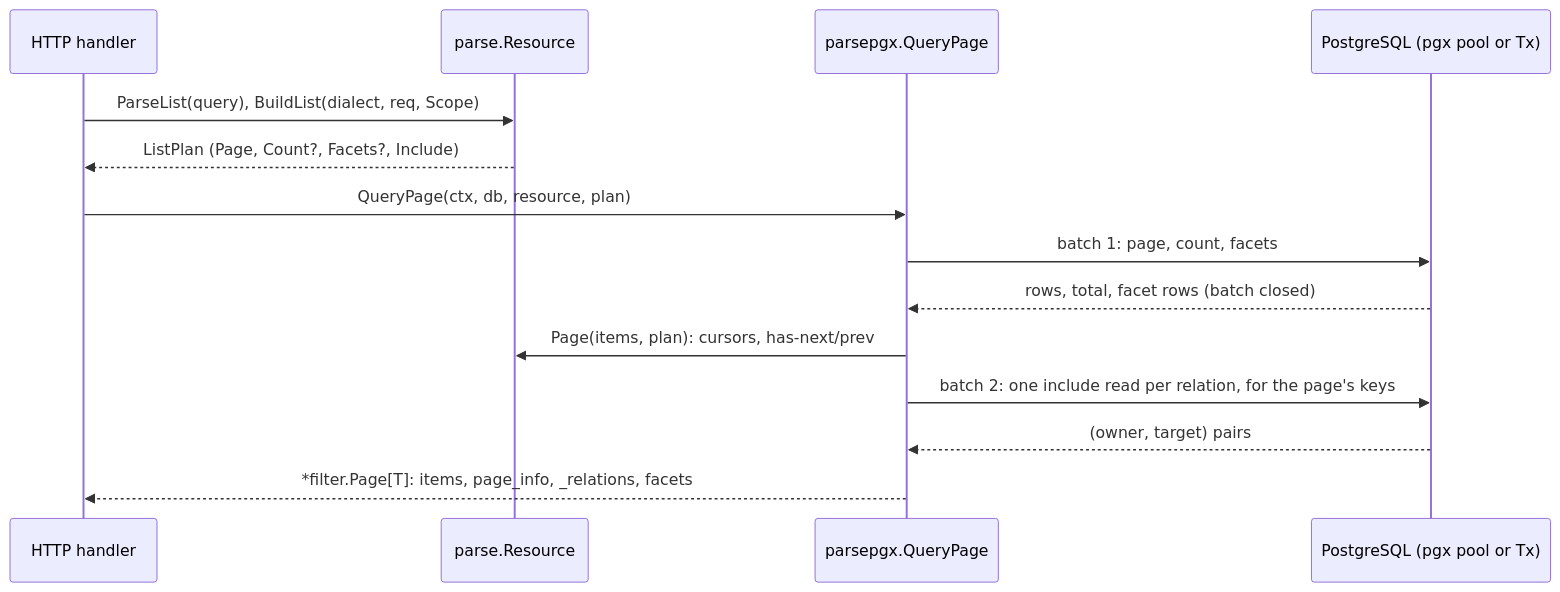
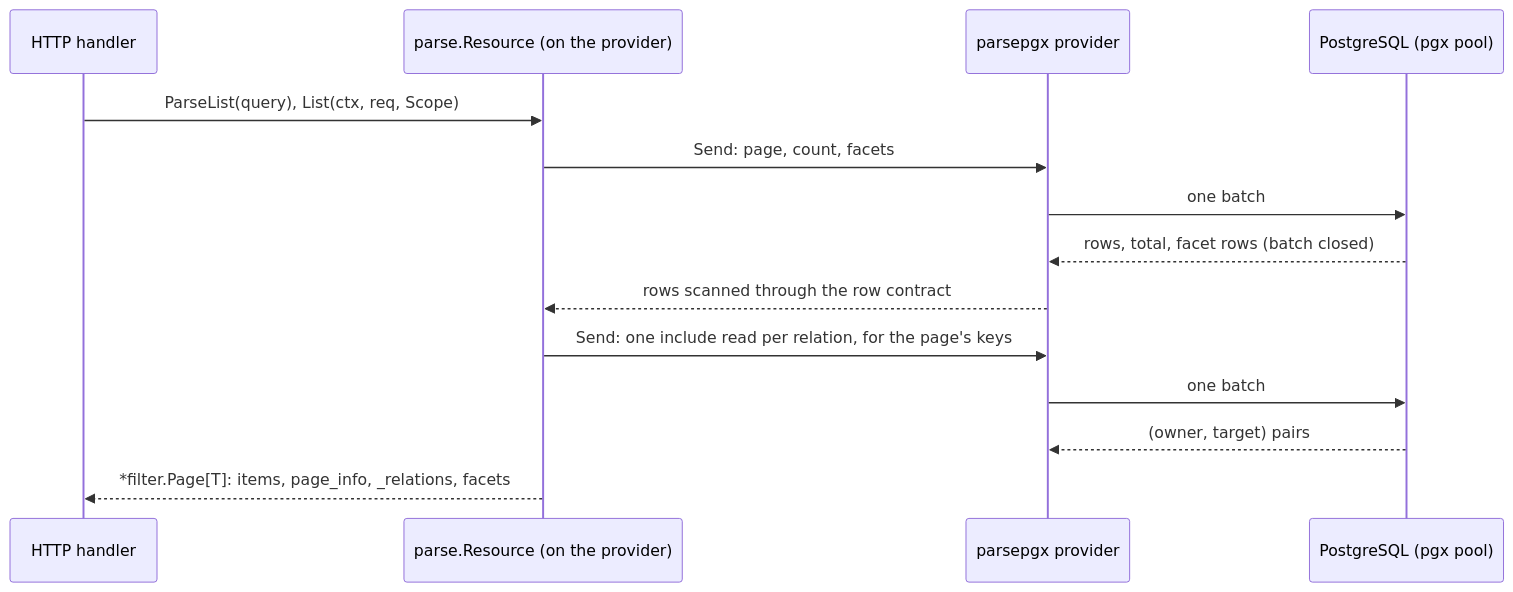
The diagram in parse/parsepgx/README.md (ashtonian/pkg), drawn with Mermaid before and after one commit. The commit also changed other lines of this file and 246 other files, not shown here.

````diff
--- a/parse/parsepgx/README.md
+++ b/parse/parsepgx/README.md
@@ -37,16 +36,16 @@
 ```mermaid
 sequenceDiagram
     participant H as HTTP handler
-    participant R as parse.Resource
-    participant Q as parsepgx.QueryPage
-    participant PG as PostgreSQL (pgx pool or Tx)
-    H->>R: ParseList(query), BuildList(dialect, req, Scope)
-    R-->>H: ListPlan (Page, Count?, Facets?, Include)
-    H->>Q: QueryPage(ctx, db, resource, plan)
-    Q->>PG: batch 1: page, count, facets
-    PG-->>Q: rows, total, facet rows (batch closed)
-    Q->>R: Page(items, plan): cursors, has-next/prev
-    Q->>PG: batch 2: one include read per relation, for the page's keys
-    PG-->>Q: (owner, target) pairs
-    Q-->>H: *filter.Page[T]: items, page_info, _relations, facets
+    participant R as parse.Resource (on the provider)
+    participant P as parsepgx provider
+    participant PG as PostgreSQL (pgx pool)
+    H->>R: ParseList(query), List(ctx, req, Scope)
+    R->>P: Send: page, count, facets
+    P->>PG: one batch
+    PG-->>P: rows, total, facet rows (batch closed)
+    P-->>R: rows scanned through the row contract
+    R->>P: Send: one include read per relation, for the page's keys
+    P->>PG: one batch
+    PG-->>P: (owner, target) pairs
+    R-->>H: *filter.Page[T]: items, page_info, _relations, facets
 ```
````
